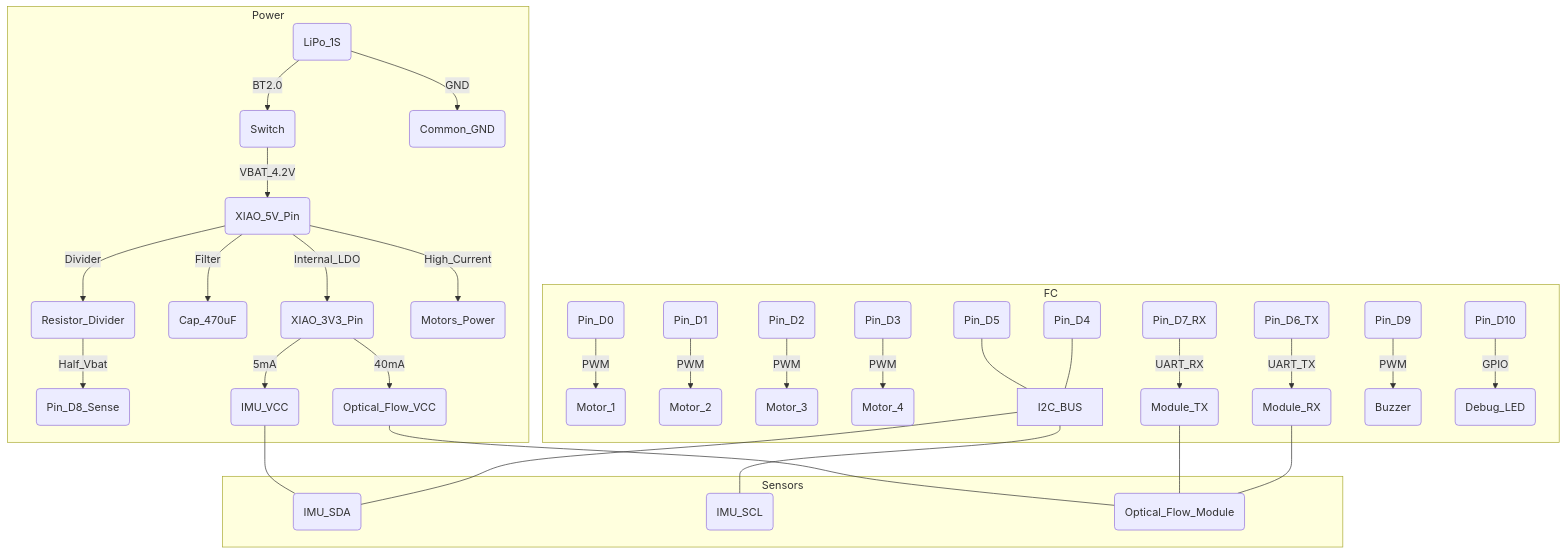
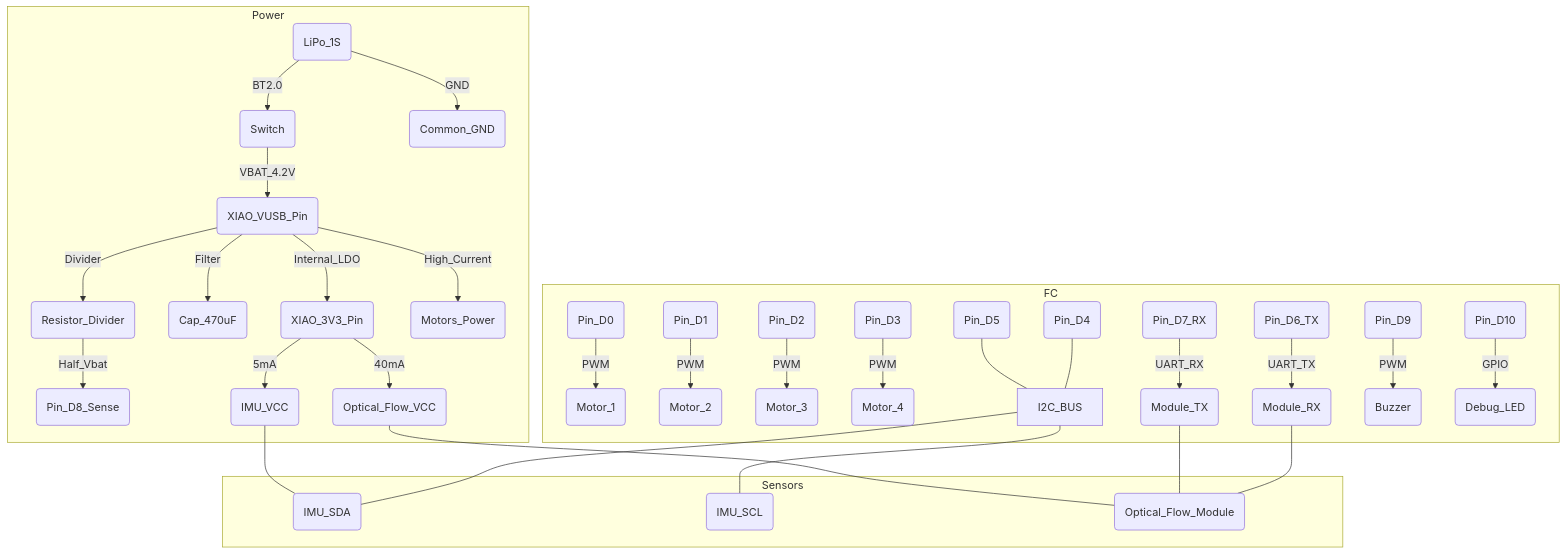
One commit to Engel30/microros-microdrone changed the diagram in docs/HARDWARE_DIAGRAM.md. Above: the diagram before and after it, drawn with Mermaid. The commit also changed other lines of this file and 3 other files, not shown here.

````diff
--- a/docs/HARDWARE_DIAGRAM.md
+++ b/docs/HARDWARE_DIAGRAM.md
@@ -5,49 +5,49 @@
 ```mermaid
 graph TD
     %% --- POWER SUBSYSTEM ---
     subgraph Power
         LIPO(LiPo_1S) -- BT2.0 --> SW(Switch)
-        SW -- VBAT_4.2V --> VCC(XIAO_5V_Pin)
+        SW -- VBAT_4.2V --> VCC(XIAO_VUSB_Pin)
         LIPO -- GND --> GND(Common_GND)
         
         VCC -- Internal_LDO --> RAIL_3V3(XIAO_3V3_Pin)
         
         VCC -- Filter --> CAP(Cap_470uF)
         VCC -- Divider --> RDIV(Resistor_Divider)
         RDIV -- Half_Vbat --> PIN_D8(Pin_D8_Sense)
         
         VCC -- High_Current --> MOT_PWR(Motors_Power)
         
         RAIL_3V3 -- 40mA --> FLOW_PWR(Optical_Flow_VCC)
         RAIL_3V3 -- 5mA --> IMU_PWR(IMU_VCC)
     end
 
     %% --- MAIN CONTROLLER ---
     subgraph FC
         D0(Pin_D0) -- PWM --> M1(Motor_1)
         D1(Pin_D1) -- PWM --> M2(Motor_2)
         D2(Pin_D2) -- PWM --> M3(Motor_3)
         D3(Pin_D3) -- PWM --> M4(Motor_4)
         
         D4(Pin_D4) --- I2C_BUS
         D5(Pin_D5) --- I2C_BUS
         
         D6(Pin_D6_TX) -- UART_TX --> RX_MOD(Module_RX)
         D7(Pin_D7_RX) -- UART_RX --> TX_MOD(Module_TX)
         
         D9(Pin_D9) -- PWM --> BUZ(Buzzer)
         D10(Pin_D10) -- GPIO --> LED(Debug_LED)
     end
 
     %% --- SENSORS ---
     subgraph Sensors
         I2C_BUS --- SDA(IMU_SDA)
         I2C_BUS --- SCL(IMU_SCL)
         
         RX_MOD --- FLOW(Optical_Flow_Module)
         TX_MOD --- FLOW
         
         FLOW_PWR --- FLOW
         IMU_PWR --- SDA
     end
 ```
````
